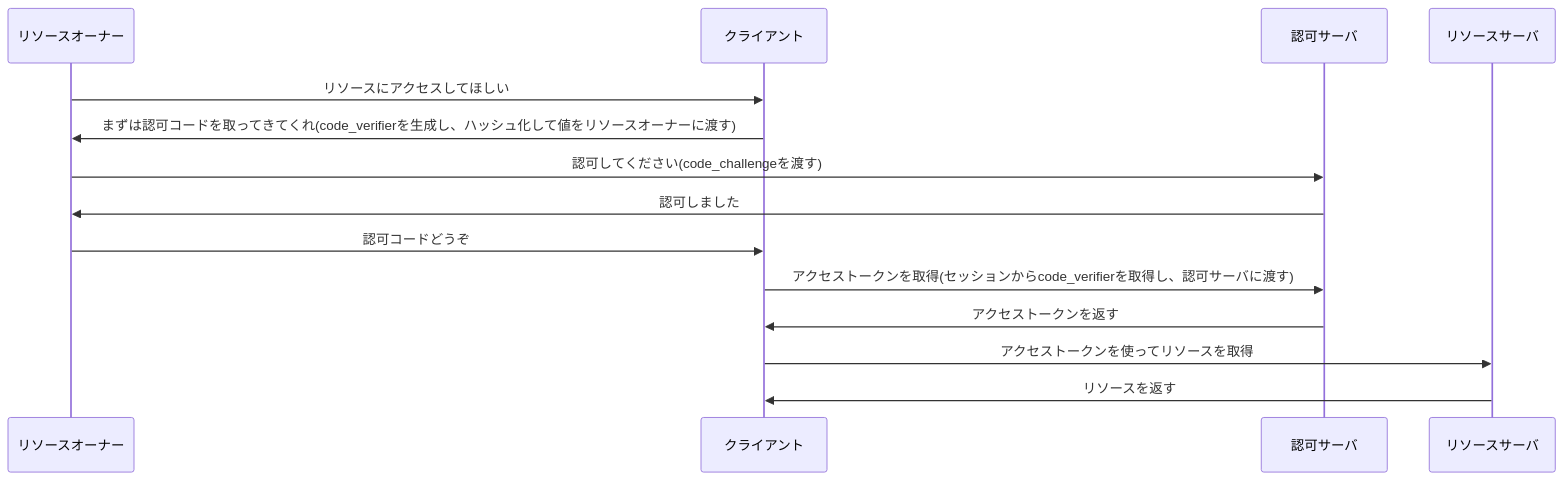
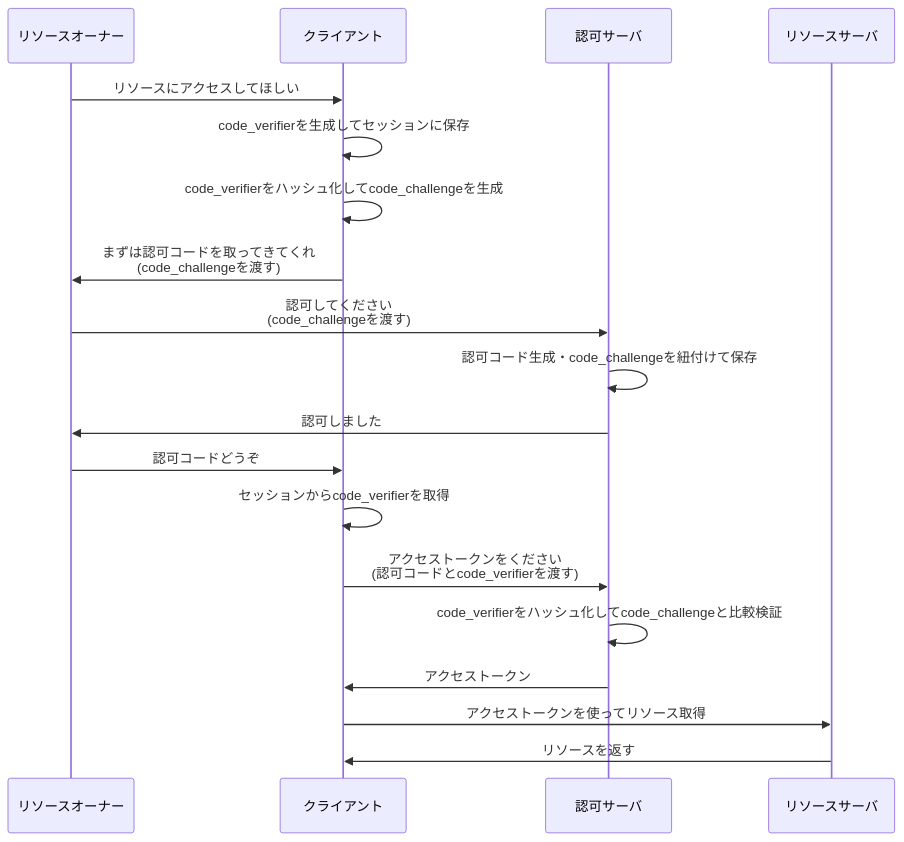
The third of 20 diagrams in articles/5e8da6c491e720.md (calloc134/zenn-dir), drawn with Mermaid before and after one commit. The commit also changed other lines of this file, not shown here.

````diff
--- a/articles/5e8da6c491e720.md
+++ b/articles/5e8da6c491e720.md
@@ -753,17 +753,23 @@
 ```mermaid
 sequenceDiagram
     participant リソースオーナー
     participant クライアント
     participant 認可サーバ
     participant リソースサーバ
 
     リソースオーナー->>クライアント: リソースにアクセスしてほしい
-    クライアント->>リソースオーナー: まずは認可コードを取ってきてくれ(code_verifierを生成し、ハッシュ化して値をリソースオーナーに渡す)
-    リソースオーナー->>認可サーバ: 認可してください(code_challengeを渡す)
+    クライアント->>クライアント: code_verifierを生成してセッションに保存
+    クライアント->>クライアント: code_verifierをハッシュ化してcode_challengeを生成
+    クライアント->>リソースオーナー: まずは認可コードを取ってきてくれ<br>(code_challengeを渡す)
+
+    リソースオーナー->>認可サーバ: 認可してください<br>(code_challengeを渡す)
+    認可サーバ->>認可サーバ: 認可コード生成・code_challengeを紐付けて保存
     認可サーバ->>リソースオーナー: 認可しました
     リソースオーナー->>クライアント: 認可コードどうぞ
-    クライアント->>認可サーバ: アクセストークンを取得(セッションからcode_verifierを取得し、認可サーバに渡す)
-    認可サーバ->>クライアント: アクセストークンを返す
-    クライアント->>リソースサーバ: アクセストークンを使ってリソースを取得
+    クライアント->>クライアント: セッションからcode_verifierを取得
+    クライアント->>認可サーバ: アクセストークンをください<br>(認可コードとcode_verifierを渡す)
+    認可サーバ->>認可サーバ: code_verifierをハッシュ化してcode_challengeと比較検証
+    認可サーバ->>クライアント: アクセストークン
+    クライアント->>リソースサーバ: アクセストークンを使ってリソース取得
     リソースサーバ->>クライアント: リソースを返す
 ```
````
